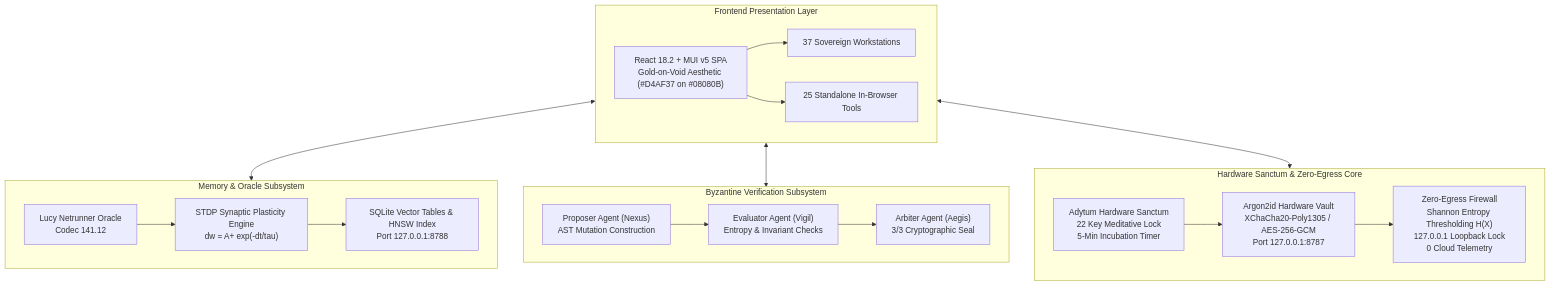
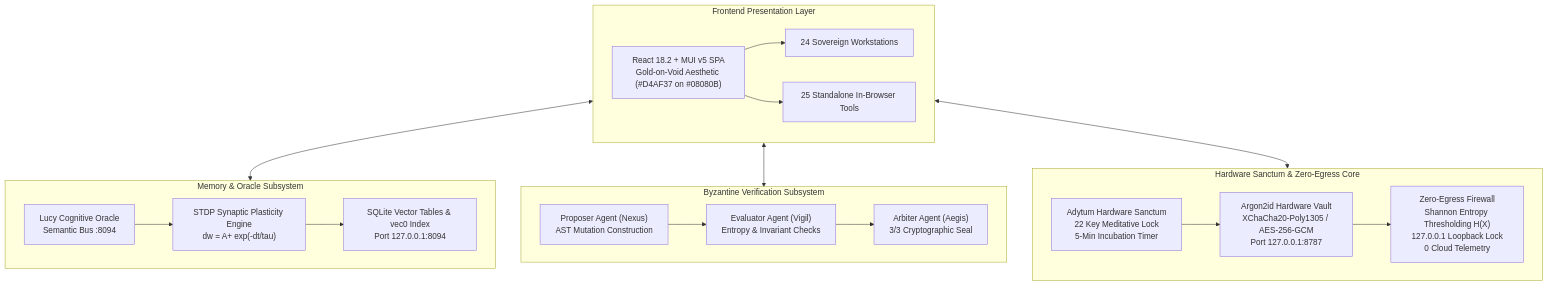
Before and after one commit to 1nc0gn30/zoth-studio-v2: the diagram in docs/ARCHITECTURE.md, drawn with Mermaid. The commit also changed other lines of this file and 41 other files, not shown here.

````diff
--- a/docs/ARCHITECTURE.md
+++ b/docs/ARCHITECTURE.md
@@ -37,35 +37,35 @@
 ```mermaid
 flowchart TD
     subgraph UI_Layer["Frontend Presentation Layer"]
         UI["React 18.2 + MUI v5 SPA<br/>Gold-on-Void Aesthetic (#D4AF37 on #08080B)"]
-        WS["37 Sovereign Workstations"]
+        WS["24 Sovereign Workstations"]
         Tools["25 Standalone In-Browser Tools"]
         UI --> WS
         UI --> Tools
     end
 
     subgraph Memory_Layer["Memory & Oracle Subsystem"]
-        Lucy["Lucy Netrunner Oracle<br/>Codec 141.12"]
+        Lucy["Lucy Cognitive Oracle<br/>Semantic Bus :8094"]
         STDP["STDP Synaptic Plasticity Engine<br/>dw = A+ exp(-dt/tau)"]
-        HNSW["SQLite Vector Tables & HNSW Index<br/>Port 127.0.0.1:8788"]
+        HNSW["SQLite Vector Tables & vec0 Index<br/>Port 127.0.0.1:8094"]
         Lucy --> STDP --> HNSW
     end
 
     subgraph Consensus_Layer["Byzantine Verification Subsystem"]
         Proposer["Proposer Agent (Nexus)<br/>AST Mutation Construction"]
         Evaluator["Evaluator Agent (Vigil)<br/>Entropy & Invariant Checks"]
         Arbiter["Arbiter Agent (Aegis)<br/>3/3 Cryptographic Seal"]
         Proposer --> Evaluator --> Arbiter
     end
 
     subgraph Security_Layer["Hardware Sanctum & Zero-Egress Core"]
         Adytum["Adytum Hardware Sanctum<br/>22 Key Meditative Lock<br/>5-Min Incubation Timer"]
         Vault["Argon2id Hardware Vault<br/>XChaCha20-Poly1305 / AES-256-GCM<br/>Port 127.0.0.1:8787"]
         Gate["Zero-Egress Firewall<br/>Shannon Entropy Thresholding H(X)<br/>127.0.0.1 Loopback Lock<br/>0 Cloud Telemetry"]
         Adytum --> Vault --> Gate
     end
 
     UI_Layer <--> Memory_Layer
     UI_Layer <--> Consensus_Layer
     UI_Layer <--> Security_Layer
 ```
````
